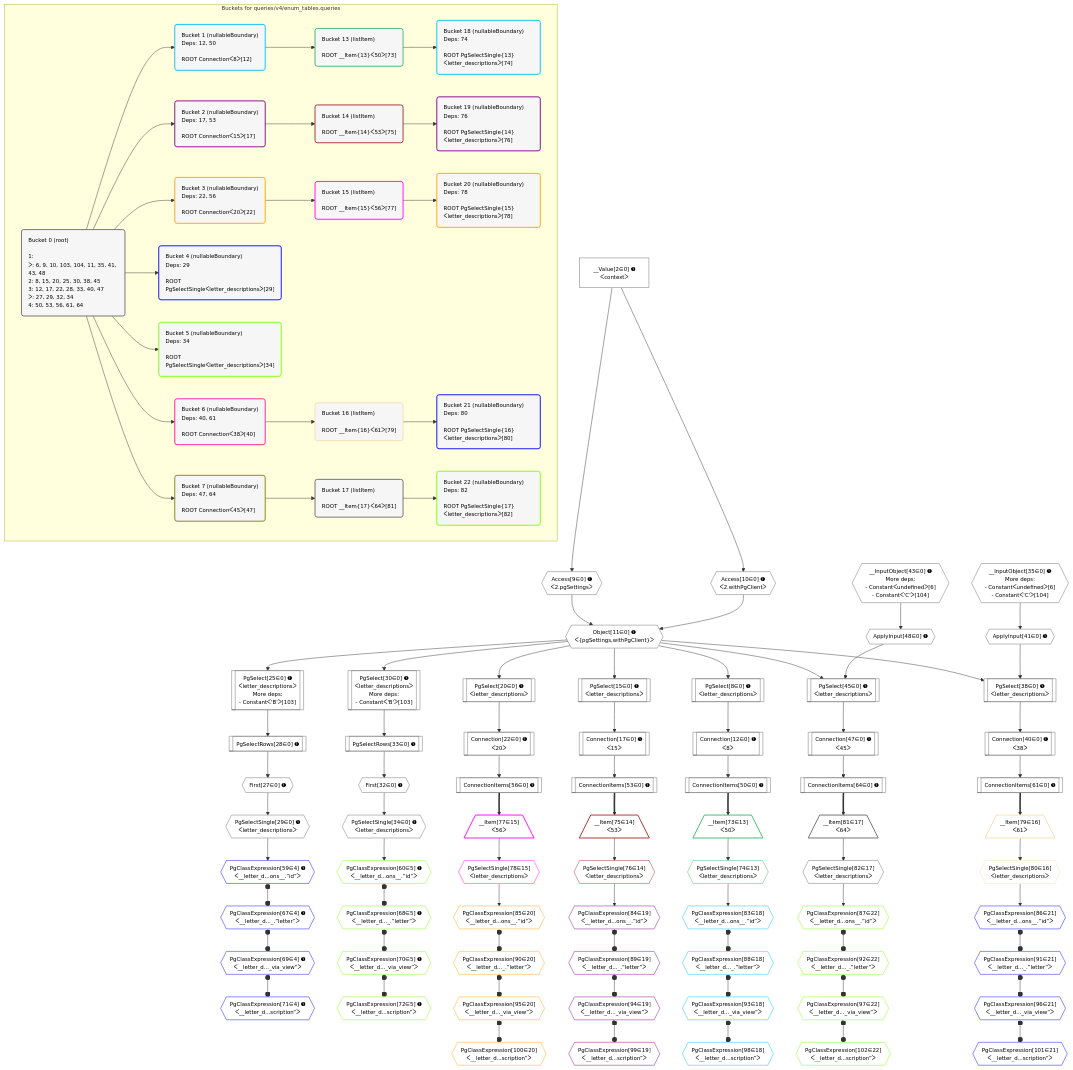
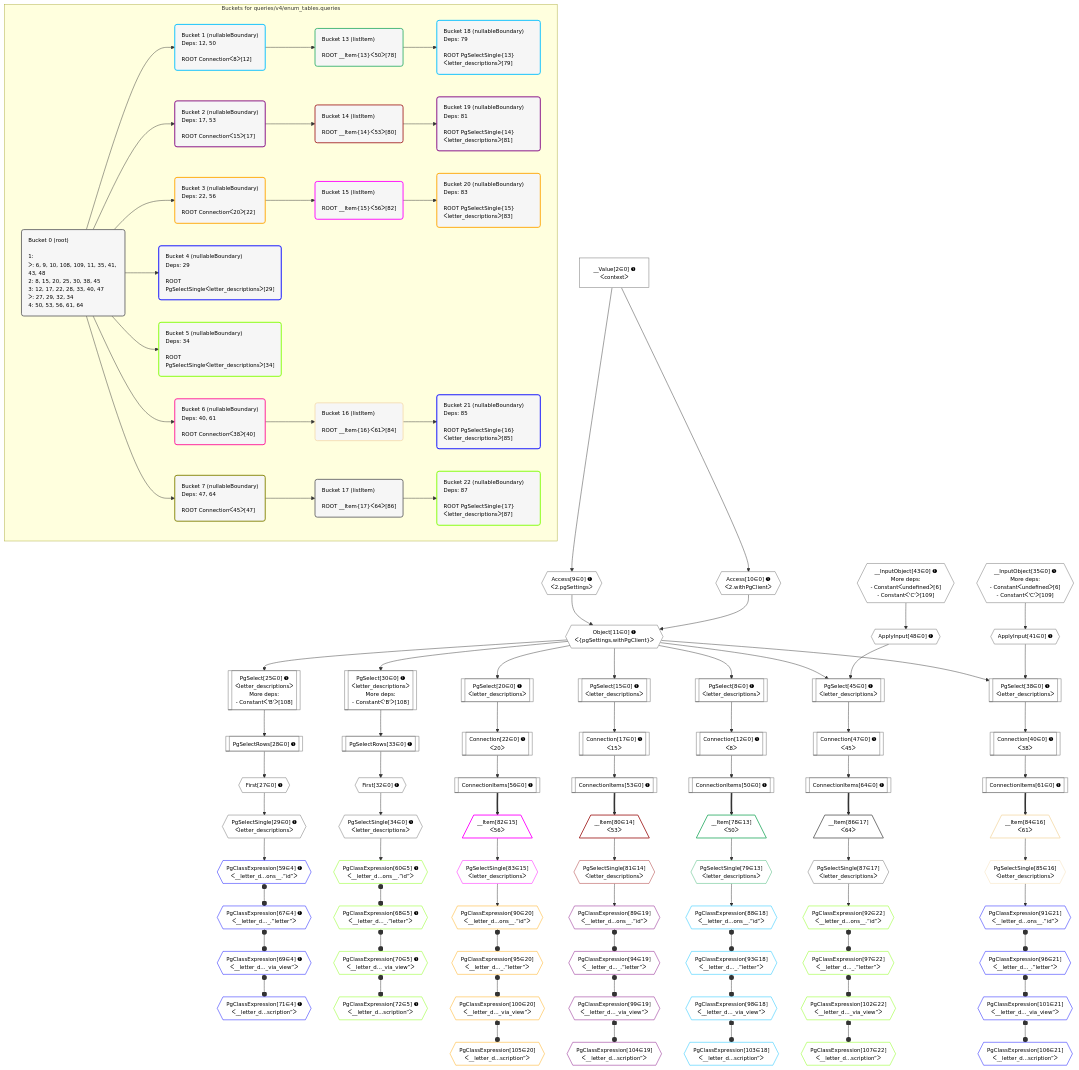
The diagram in postgraphile/postgraphile/__tests__/queries/v4/enum_tables.queries.mermaid (benjaie/crystal), drawn with Mermaid before and after one commit. The commit also changed 262 other files, not shown here.

```diff
--- a/postgraphile/postgraphile/__tests__/queries/v4/enum_tables.queries.mermaid
+++ b/postgraphile/postgraphile/__tests__/queries/v4/enum_tables.queries.mermaid
@@ -8,7 +8,7 @@
     classDef bucket fill:#f6f6f6,color:#000,stroke-width:2px,text-align:left
 
     subgraph "Buckets for queries/v4/enum_tables.queries"
-    Bucket0("Bucket 0 (root)<br /><br />1: <br />ᐳ: 6, 9, 10, 103, 104, 11, 35, 41, 43, 48<br />2: 8, 15, 20, 25, 30, 38, 45<br />3: 12, 17, 22, 28, 33, 40, 47<br />ᐳ: 27, 29, 32, 34<br />4: 50, 53, 56, 61, 64"):::bucket
+    Bucket0("Bucket 0 (root)<br /><br />1: <br />ᐳ: 6, 9, 10, 108, 109, 11, 35, 41, 43, 48<br />2: 8, 15, 20, 25, 30, 38, 45<br />3: 12, 17, 22, 28, 33, 40, 47<br />ᐳ: 27, 29, 32, 34<br />4: 50, 53, 56, 61, 64"):::bucket
     Bucket1("Bucket 1 (nullableBoundary)<br />Deps: 12, 50<br /><br />ROOT Connectionᐸ8ᐳ[12]"):::bucket
     Bucket2("Bucket 2 (nullableBoundary)<br />Deps: 17, 53<br /><br />ROOT Connectionᐸ15ᐳ[17]"):::bucket
     Bucket3("Bucket 3 (nullableBoundary)<br />Deps: 22, 56<br /><br />ROOT Connectionᐸ20ᐳ[22]"):::bucket
@@ -16,16 +16,16 @@
     Bucket5("Bucket 5 (nullableBoundary)<br />Deps: 34<br /><br />ROOT PgSelectSingleᐸletter_descriptionsᐳ[34]"):::bucket
     Bucket6("Bucket 6 (nullableBoundary)<br />Deps: 40, 61<br /><br />ROOT Connectionᐸ38ᐳ[40]"):::bucket
     Bucket7("Bucket 7 (nullableBoundary)<br />Deps: 47, 64<br /><br />ROOT Connectionᐸ45ᐳ[47]"):::bucket
-    Bucket13("Bucket 13 (listItem)<br /><br />ROOT __Item{13}ᐸ50ᐳ[73]"):::bucket
-    Bucket14("Bucket 14 (listItem)<br /><br />ROOT __Item{14}ᐸ53ᐳ[75]"):::bucket
-    Bucket15("Bucket 15 (listItem)<br /><br />ROOT __Item{15}ᐸ56ᐳ[77]"):::bucket
-    Bucket16("Bucket 16 (listItem)<br /><br />ROOT __Item{16}ᐸ61ᐳ[79]"):::bucket
-    Bucket17("Bucket 17 (listItem)<br /><br />ROOT __Item{17}ᐸ64ᐳ[81]"):::bucket
-    Bucket18("Bucket 18 (nullableBoundary)<br />Deps: 74<br /><br />ROOT PgSelectSingle{13}ᐸletter_descriptionsᐳ[74]"):::bucket
-    Bucket19("Bucket 19 (nullableBoundary)<br />Deps: 76<br /><br />ROOT PgSelectSingle{14}ᐸletter_descriptionsᐳ[76]"):::bucket
-    Bucket20("Bucket 20 (nullableBoundary)<br />Deps: 78<br /><br />ROOT PgSelectSingle{15}ᐸletter_descriptionsᐳ[78]"):::bucket
-    Bucket21("Bucket 21 (nullableBoundary)<br />Deps: 80<br /><br />ROOT PgSelectSingle{16}ᐸletter_descriptionsᐳ[80]"):::bucket
-    Bucket22("Bucket 22 (nullableBoundary)<br />Deps: 82<br /><br />ROOT PgSelectSingle{17}ᐸletter_descriptionsᐳ[82]"):::bucket
+    Bucket13("Bucket 13 (listItem)<br /><br />ROOT __Item{13}ᐸ50ᐳ[78]"):::bucket
+    Bucket14("Bucket 14 (listItem)<br /><br />ROOT __Item{14}ᐸ53ᐳ[80]"):::bucket
+    Bucket15("Bucket 15 (listItem)<br /><br />ROOT __Item{15}ᐸ56ᐳ[82]"):::bucket
+    Bucket16("Bucket 16 (listItem)<br /><br />ROOT __Item{16}ᐸ61ᐳ[84]"):::bucket
+    Bucket17("Bucket 17 (listItem)<br /><br />ROOT __Item{17}ᐸ64ᐳ[86]"):::bucket
+    Bucket18("Bucket 18 (nullableBoundary)<br />Deps: 79<br /><br />ROOT PgSelectSingle{13}ᐸletter_descriptionsᐳ[79]"):::bucket
+    Bucket19("Bucket 19 (nullableBoundary)<br />Deps: 81<br /><br />ROOT PgSelectSingle{14}ᐸletter_descriptionsᐳ[81]"):::bucket
+    Bucket20("Bucket 20 (nullableBoundary)<br />Deps: 83<br /><br />ROOT PgSelectSingle{15}ᐸletter_descriptionsᐳ[83]"):::bucket
+    Bucket21("Bucket 21 (nullableBoundary)<br />Deps: 85<br /><br />ROOT PgSelectSingle{16}ᐸletter_descriptionsᐳ[85]"):::bucket
+    Bucket22("Bucket 22 (nullableBoundary)<br />Deps: 87<br /><br />ROOT PgSelectSingle{17}ᐸletter_descriptionsᐳ[87]"):::bucket
     end
     Bucket0 --> Bucket1 & Bucket2 & Bucket3 & Bucket4 & Bucket5 & Bucket6 & Bucket7
     Bucket1 --> Bucket13
@@ -44,15 +44,15 @@
     Access9{{"Access[9∈0] ➊<br />ᐸ2.pgSettingsᐳ"}}:::plan
     Access10{{"Access[10∈0] ➊<br />ᐸ2.withPgClientᐳ"}}:::plan
     Access9 & Access10 --> Object11
-    PgSelect25[["PgSelect[25∈0] ➊<br />ᐸletter_descriptionsᐳ<br />More deps:<br />- Constantᐸ'B'ᐳ[103]"]]:::plan
+    PgSelect25[["PgSelect[25∈0] ➊<br />ᐸletter_descriptionsᐳ<br />More deps:<br />- Constantᐸ'B'ᐳ[108]"]]:::plan
     Object11 --> PgSelect25
-    PgSelect30[["PgSelect[30∈0] ➊<br />ᐸletter_descriptionsᐳ<br />More deps:<br />- Constantᐸ'B'ᐳ[103]"]]:::plan
+    PgSelect30[["PgSelect[30∈0] ➊<br />ᐸletter_descriptionsᐳ<br />More deps:<br />- Constantᐸ'B'ᐳ[108]"]]:::plan
     Object11 --> PgSelect30
-    __InputObject35{{"__InputObject[35∈0] ➊<br />More deps:<br />- Constantᐸundefinedᐳ[6]<br />- Constantᐸ'C'ᐳ[104]"}}:::plan
+    __InputObject35{{"__InputObject[35∈0] ➊<br />More deps:<br />- Constantᐸundefinedᐳ[6]<br />- Constantᐸ'C'ᐳ[109]"}}:::plan
     PgSelect38[["PgSelect[38∈0] ➊<br />ᐸletter_descriptionsᐳ"]]:::plan
     ApplyInput41{{"ApplyInput[41∈0] ➊"}}:::plan
     Object11 & ApplyInput41 --> PgSelect38
-    __InputObject43{{"__InputObject[43∈0] ➊<br />More deps:<br />- Constantᐸundefinedᐳ[6]<br />- Constantᐸ'C'ᐳ[104]"}}:::plan
+    __InputObject43{{"__InputObject[43∈0] ➊<br />More deps:<br />- Constantᐸundefinedᐳ[6]<br />- Constantᐸ'C'ᐳ[109]"}}:::plan
     PgSelect45[["PgSelect[45∈0] ➊<br />ᐸletter_descriptionsᐳ"]]:::plan
     ApplyInput48{{"ApplyInput[48∈0] ➊"}}:::plan
     Object11 & ApplyInput48 --> PgSelect45
@@ -115,66 +115,66 @@
     PgClassExpression68 o--o PgClassExpression70
     PgClassExpression72{{"PgClassExpression[72∈5] ➊<br />ᐸ__letter_d...scription”ᐳ"}}:::plan
     PgClassExpression70 o--o PgClassExpression72
-    __Item73[/"__Item[73∈13]<br />ᐸ50ᐳ"\]:::itemplan
-    ConnectionItems50 ==> __Item73
-    PgSelectSingle74{{"PgSelectSingle[74∈13]<br />ᐸletter_descriptionsᐳ"}}:::plan
-    __Item73 --> PgSelectSingle74
-    __Item75[/"__Item[75∈14]<br />ᐸ53ᐳ"\]:::itemplan
-    ConnectionItems53 ==> __Item75
-    PgSelectSingle76{{"PgSelectSingle[76∈14]<br />ᐸletter_descriptionsᐳ"}}:::plan
-    __Item75 --> PgSelectSingle76
-    __Item77[/"__Item[77∈15]<br />ᐸ56ᐳ"\]:::itemplan
-    ConnectionItems56 ==> __Item77
-    PgSelectSingle78{{"PgSelectSingle[78∈15]<br />ᐸletter_descriptionsᐳ"}}:::plan
-    __Item77 --> PgSelectSingle78
-    __Item79[/"__Item[79∈16]<br />ᐸ61ᐳ"\]:::itemplan
-    ConnectionItems61 ==> __Item79
-    PgSelectSingle80{{"PgSelectSingle[80∈16]<br />ᐸletter_descriptionsᐳ"}}:::plan
-    __Item79 --> PgSelectSingle80
-    __Item81[/"__Item[81∈17]<br />ᐸ64ᐳ"\]:::itemplan
-    ConnectionItems64 ==> __Item81
-    PgSelectSingle82{{"PgSelectSingle[82∈17]<br />ᐸletter_descriptionsᐳ"}}:::plan
-    __Item81 --> PgSelectSingle82
-    PgClassExpression83{{"PgClassExpression[83∈18]<br />ᐸ__letter_d...ons__.”id”ᐳ"}}:::plan
-    PgSelectSingle74 --> PgClassExpression83
-    PgClassExpression88{{"PgClassExpression[88∈18]<br />ᐸ__letter_d..._.”letter”ᐳ"}}:::plan
-    PgClassExpression83 o--o PgClassExpression88
-    PgClassExpression93{{"PgClassExpression[93∈18]<br />ᐸ__letter_d..._via_view”ᐳ"}}:::plan
+    __Item78[/"__Item[78∈13]<br />ᐸ50ᐳ"\]:::itemplan
+    ConnectionItems50 ==> __Item78
+    PgSelectSingle79{{"PgSelectSingle[79∈13]<br />ᐸletter_descriptionsᐳ"}}:::plan
+    __Item78 --> PgSelectSingle79
+    __Item80[/"__Item[80∈14]<br />ᐸ53ᐳ"\]:::itemplan
+    ConnectionItems53 ==> __Item80
+    PgSelectSingle81{{"PgSelectSingle[81∈14]<br />ᐸletter_descriptionsᐳ"}}:::plan
+    __Item80 --> PgSelectSingle81
+    __Item82[/"__Item[82∈15]<br />ᐸ56ᐳ"\]:::itemplan
+    ConnectionItems56 ==> __Item82
+    PgSelectSingle83{{"PgSelectSingle[83∈15]<br />ᐸletter_descriptionsᐳ"}}:::plan
+    __Item82 --> PgSelectSingle83
+    __Item84[/"__Item[84∈16]<br />ᐸ61ᐳ"\]:::itemplan
+    ConnectionItems61 ==> __Item84
+    PgSelectSingle85{{"PgSelectSingle[85∈16]<br />ᐸletter_descriptionsᐳ"}}:::plan
+    __Item84 --> PgSelectSingle85
+    __Item86[/"__Item[86∈17]<br />ᐸ64ᐳ"\]:::itemplan
+    ConnectionItems64 ==> __Item86
+    PgSelectSingle87{{"PgSelectSingle[87∈17]<br />ᐸletter_descriptionsᐳ"}}:::plan
+    __Item86 --> PgSelectSingle87
+    PgClassExpression88{{"PgClassExpression[88∈18]<br />ᐸ__letter_d...ons__.”id”ᐳ"}}:::plan
+    PgSelectSingle79 --> PgClassExpression88
+    PgClassExpression93{{"PgClassExpression[93∈18]<br />ᐸ__letter_d..._.”letter”ᐳ"}}:::plan
     PgClassExpression88 o--o PgClassExpression93
-    PgClassExpression98{{"PgClassExpression[98∈18]<br />ᐸ__letter_d...scription”ᐳ"}}:::plan
+    PgClassExpression98{{"PgClassExpression[98∈18]<br />ᐸ__letter_d..._via_view”ᐳ"}}:::plan
     PgClassExpression93 o--o PgClassExpression98
-    PgClassExpression84{{"PgClassExpression[84∈19]<br />ᐸ__letter_d...ons__.”id”ᐳ"}}:::plan
-    PgSelectSingle76 --> PgClassExpression84
-    PgClassExpression89{{"PgClassExpression[89∈19]<br />ᐸ__letter_d..._.”letter”ᐳ"}}:::plan
-    PgClassExpression84 o--o PgClassExpression89
-    PgClassExpression94{{"PgClassExpression[94∈19]<br />ᐸ__letter_d..._via_view”ᐳ"}}:::plan
+    PgClassExpression103{{"PgClassExpression[103∈18]<br />ᐸ__letter_d...scription”ᐳ"}}:::plan
+    PgClassExpression98 o--o PgClassExpression103
+    PgClassExpression89{{"PgClassExpression[89∈19]<br />ᐸ__letter_d...ons__.”id”ᐳ"}}:::plan
+    PgSelectSingle81 --> PgClassExpression89
+    PgClassExpression94{{"PgClassExpression[94∈19]<br />ᐸ__letter_d..._.”letter”ᐳ"}}:::plan
     PgClassExpression89 o--o PgClassExpression94
-    PgClassExpression99{{"PgClassExpression[99∈19]<br />ᐸ__letter_d...scription”ᐳ"}}:::plan
+    PgClassExpression99{{"PgClassExpression[99∈19]<br />ᐸ__letter_d..._via_view”ᐳ"}}:::plan
     PgClassExpression94 o--o PgClassExpression99
-    PgClassExpression85{{"PgClassExpression[85∈20]<br />ᐸ__letter_d...ons__.”id”ᐳ"}}:::plan
-    PgSelectSingle78 --> PgClassExpression85
-    PgClassExpression90{{"PgClassExpression[90∈20]<br />ᐸ__letter_d..._.”letter”ᐳ"}}:::plan
-    PgClassExpression85 o--o PgClassExpression90
-    PgClassExpression95{{"PgClassExpression[95∈20]<br />ᐸ__letter_d..._via_view”ᐳ"}}:::plan
+    PgClassExpression104{{"PgClassExpression[104∈19]<br />ᐸ__letter_d...scription”ᐳ"}}:::plan
+    PgClassExpression99 o--o PgClassExpression104
+    PgClassExpression90{{"PgClassExpression[90∈20]<br />ᐸ__letter_d...ons__.”id”ᐳ"}}:::plan
+    PgSelectSingle83 --> PgClassExpression90
+    PgClassExpression95{{"PgClassExpression[95∈20]<br />ᐸ__letter_d..._.”letter”ᐳ"}}:::plan
     PgClassExpression90 o--o PgClassExpression95
-    PgClassExpression100{{"PgClassExpression[100∈20]<br />ᐸ__letter_d...scription”ᐳ"}}:::plan
+    PgClassExpression100{{"PgClassExpression[100∈20]<br />ᐸ__letter_d..._via_view”ᐳ"}}:::plan
     PgClassExpression95 o--o PgClassExpression100
-    PgClassExpression86{{"PgClassExpression[86∈21]<br />ᐸ__letter_d...ons__.”id”ᐳ"}}:::plan
-    PgSelectSingle80 --> PgClassExpression86
-    PgClassExpression91{{"PgClassExpression[91∈21]<br />ᐸ__letter_d..._.”letter”ᐳ"}}:::plan
-    PgClassExpression86 o--o PgClassExpression91
-    PgClassExpression96{{"PgClassExpression[96∈21]<br />ᐸ__letter_d..._via_view”ᐳ"}}:::plan
+    PgClassExpression105{{"PgClassExpression[105∈20]<br />ᐸ__letter_d...scription”ᐳ"}}:::plan
+    PgClassExpression100 o--o PgClassExpression105
+    PgClassExpression91{{"PgClassExpression[91∈21]<br />ᐸ__letter_d...ons__.”id”ᐳ"}}:::plan
+    PgSelectSingle85 --> PgClassExpression91
+    PgClassExpression96{{"PgClassExpression[96∈21]<br />ᐸ__letter_d..._.”letter”ᐳ"}}:::plan
     PgClassExpression91 o--o PgClassExpression96
-    PgClassExpression101{{"PgClassExpression[101∈21]<br />ᐸ__letter_d...scription”ᐳ"}}:::plan
+    PgClassExpression101{{"PgClassExpression[101∈21]<br />ᐸ__letter_d..._via_view”ᐳ"}}:::plan
     PgClassExpression96 o--o PgClassExpression101
-    PgClassExpression87{{"PgClassExpression[87∈22]<br />ᐸ__letter_d...ons__.”id”ᐳ"}}:::plan
-    PgSelectSingle82 --> PgClassExpression87
-    PgClassExpression92{{"PgClassExpression[92∈22]<br />ᐸ__letter_d..._.”letter”ᐳ"}}:::plan
-    PgClassExpression87 o--o PgClassExpression92
-    PgClassExpression97{{"PgClassExpression[97∈22]<br />ᐸ__letter_d..._via_view”ᐳ"}}:::plan
+    PgClassExpression106{{"PgClassExpression[106∈21]<br />ᐸ__letter_d...scription”ᐳ"}}:::plan
+    PgClassExpression101 o--o PgClassExpression106
+    PgClassExpression92{{"PgClassExpression[92∈22]<br />ᐸ__letter_d...ons__.”id”ᐳ"}}:::plan
+    PgSelectSingle87 --> PgClassExpression92
+    PgClassExpression97{{"PgClassExpression[97∈22]<br />ᐸ__letter_d..._.”letter”ᐳ"}}:::plan
     PgClassExpression92 o--o PgClassExpression97
-    PgClassExpression102{{"PgClassExpression[102∈22]<br />ᐸ__letter_d...scription”ᐳ"}}:::plan
+    PgClassExpression102{{"PgClassExpression[102∈22]<br />ᐸ__letter_d..._via_view”ᐳ"}}:::plan
     PgClassExpression97 o--o PgClassExpression102
+    PgClassExpression107{{"PgClassExpression[107∈22]<br />ᐸ__letter_d...scription”ᐳ"}}:::plan
+    PgClassExpression102 o--o PgClassExpression107
 
     %% define steps
     classDef bucket0 stroke:#696969
@@ -194,22 +194,22 @@
     classDef bucket7 stroke:#808000
     class Bucket7 bucket7
     classDef bucket13 stroke:#3cb371
-    class Bucket13,__Item73,PgSelectSingle74 bucket13
+    class Bucket13,__Item78,PgSelectSingle79 bucket13
     classDef bucket14 stroke:#a52a2a
-    class Bucket14,__Item75,PgSelectSingle76 bucket14
+    class Bucket14,__Item80,PgSelectSingle81 bucket14
     classDef bucket15 stroke:#ff00ff
-    class Bucket15,__Item77,PgSelectSingle78 bucket15
+    class Bucket15,__Item82,PgSelectSingle83 bucket15
     classDef bucket16 stroke:#f5deb3
-    class Bucket16,__Item79,PgSelectSingle80 bucket16
+    class Bucket16,__Item84,PgSelectSingle85 bucket16
     classDef bucket17 stroke:#696969
-    class Bucket17,__Item81,PgSelectSingle82 bucket17
+    class Bucket17,__Item86,PgSelectSingle87 bucket17
     classDef bucket18 stroke:#00bfff
-    class Bucket18,PgClassExpression83,PgClassExpression88,PgClassExpression93,PgClassExpression98 bucket18
+    class Bucket18,PgClassExpression88,PgClassExpression93,PgClassExpression98,PgClassExpression103 bucket18
     classDef bucket19 stroke:#7f007f
-    class Bucket19,PgClassExpression84,PgClassExpression89,PgClassExpression94,PgClassExpression99 bucket19
+    class Bucket19,PgClassExpression89,PgClassExpression94,PgClassExpression99,PgClassExpression104 bucket19
     classDef bucket20 stroke:#ffa500
-    class Bucket20,PgClassExpression85,PgClassExpression90,PgClassExpression95,PgClassExpression100 bucket20
+    class Bucket20,PgClassExpression90,PgClassExpression95,PgClassExpression100,PgClassExpression105 bucket20
     classDef bucket21 stroke:#0000ff
-    class Bucket21,PgClassExpression86,PgClassExpression91,PgClassExpression96,PgClassExpression101 bucket21
+    class Bucket21,PgClassExpression91,PgClassExpression96,PgClassExpression101,PgClassExpression106 bucket21
     classDef bucket22 stroke:#7fff00
-    class Bucket22,PgClassExpression87,PgClassExpression92,PgClassExpression97,PgClassExpression102 bucket22
+    class Bucket22,PgClassExpression92,PgClassExpression97,PgClassExpression102,PgClassExpression107 bucket22
```
